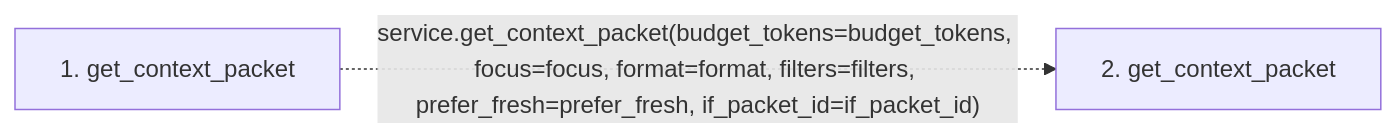
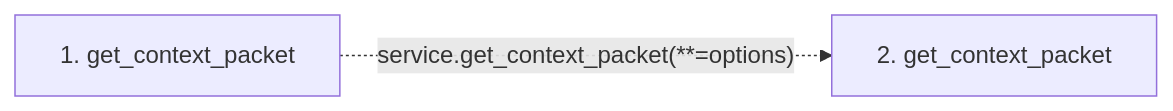
The second of 2 diagrams in docs/llm_wiki/flows/mcp-get_context_packet.md (Denissvgn/python-wiki-llm), drawn with Mermaid before and after one commit. The commit also changed other lines of this file and 364 other files, not shown here.

````diff
--- a/docs/llm_wiki/flows/mcp-get_context_packet.md
+++ b/docs/llm_wiki/flows/mcp-get_context_packet.md
@@ -19,7 +19,7 @@
 ```mermaid
 flowchart LR
     s1["1. get_context_packet"]
     s2["2. get_context_packet"]
-    s1 -. "service.get_context_packet(budget_tokens=budget_tokens, focus=focus, format=format, filters=filters, prefer_fresh=prefer_fresh, if_packet_id=if_packet_id)" .-> s2
+    s1 -. "service.get_context_packet(**=options)" .-> s2
     click s1 "../modules/mcp_server.md"
 ```
````
